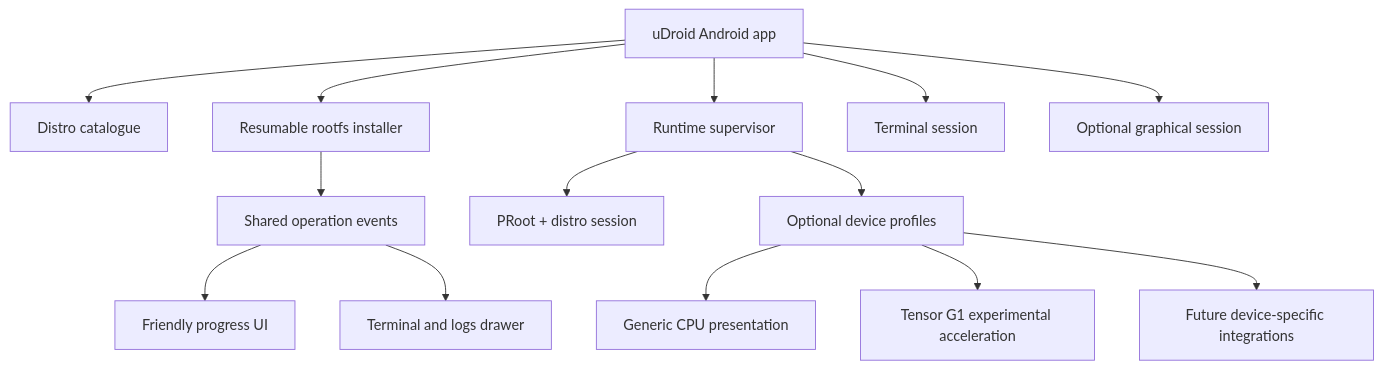
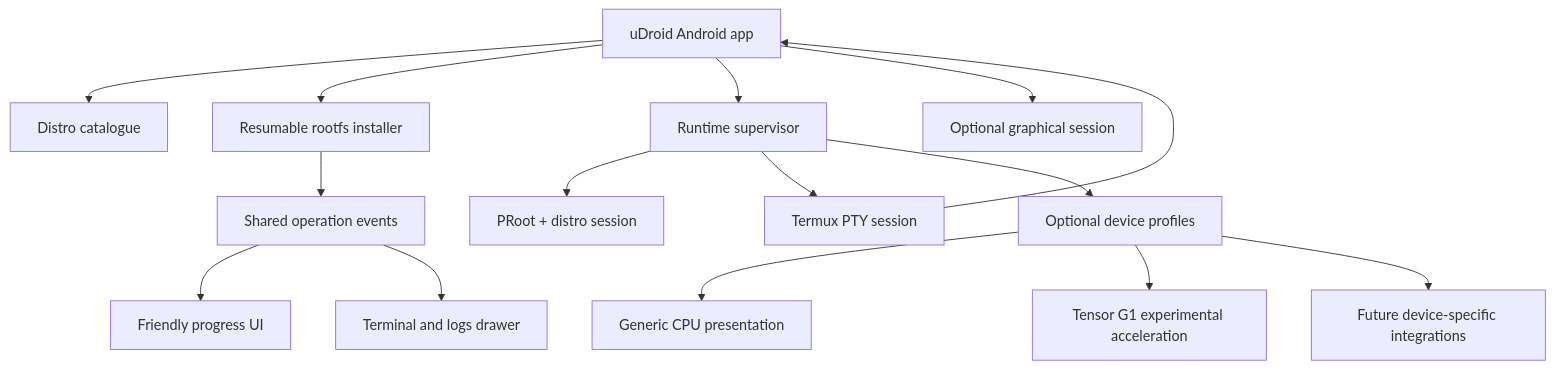
Before and after one commit to RandomCoderOrg/udroid-app: the diagram in docs/PRODUCT_SCOPE.md, drawn with Mermaid. The commit also changed other lines of this file and 65 other files, not shown here.

````diff
--- a/docs/PRODUCT_SCOPE.md
+++ b/docs/PRODUCT_SCOPE.md
@@ -34,16 +35,17 @@
 ```mermaid
 flowchart TB
     App["uDroid Android app"] --> Catalog["Distro catalogue"]
     App --> Installer["Resumable rootfs installer"]
     App --> Supervisor["Runtime supervisor"]
     Supervisor --> Proot["PRoot + distro session"]
-    App --> Shell["Terminal session"]
+    Supervisor --> Shell["Termux PTY session"]
+    Shell --> App
     App --> X11["Optional graphical session"]
     Installer --> Events["Shared operation events"]
     Events --> Friendly["Friendly progress UI"]
     Events --> Terminal["Terminal and logs drawer"]
     Supervisor --> Profiles["Optional device profiles"]
     Profiles --> Generic["Generic CPU presentation"]
     Profiles --> Tensor["Tensor G1 experimental acceleration"]
     Profiles --> Future["Future device-specific integrations"]
 ```
````
